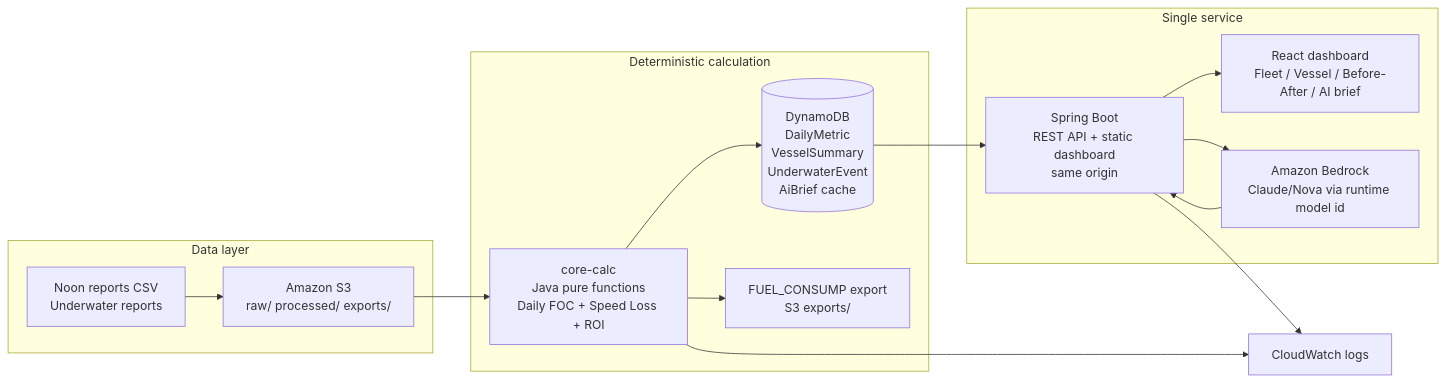
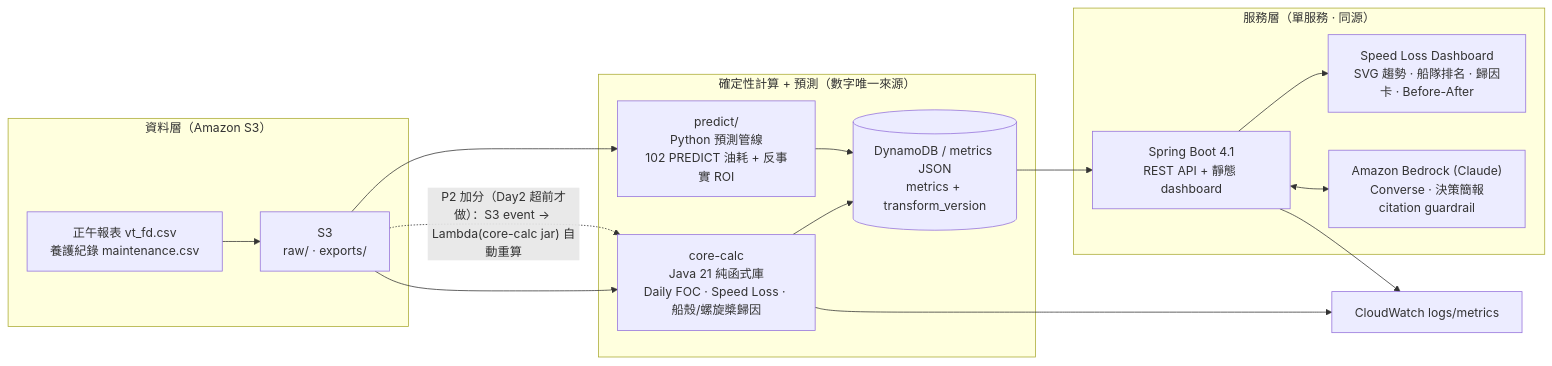
The diagram in docs/19-technical-architecture-submission.md (wsx5031060310guy/fleetmind-yang-ming-hackathon), drawn with Mermaid before and after one commit. The commit also changed other lines of this file and 2 other files, not shown here.

First line of the commit message:
docs: refresh submission chapters (17 enterprise-data, 19 tech-arch, 07 Q&A) for real data + prediction task

````diff
--- a/docs/19-technical-architecture-submission.md
+++ b/docs/19-technical-architecture-submission.md
@@ -13,22 +18,23 @@
 ```mermaid
 flowchart LR
-  subgraph Data["Data layer"]
-    A["Noon reports CSV<br/>Underwater reports"] --> B["Amazon S3<br/>raw/ processed/ exports/"]
+  subgraph Data["資料層（Amazon S3）"]
+    A["正午報表 vt_fd.csv<br/>養護紀錄 maintenance.csv"] --> B["S3<br/>raw/ · exports/"]
   end
 
-  subgraph Calc["Deterministic calculation"]
-    B --> C["core-calc<br/>Java pure functions<br/>Daily FOC + Speed Loss + ROI"]
-    C --> D[("DynamoDB<br/>DailyMetric<br/>VesselSummary<br/>UnderwaterEvent<br/>AiBrief cache")]
-    C --> E["FUEL_CONSUMP export<br/>S3 exports/"]
+  subgraph Calc["確定性計算 + 預測（數字唯一來源）"]
+    B --> C["core-calc<br/>Java 21 純函式庫<br/>Daily FOC · Speed Loss · 船殼/螺旋槳歸因"]
+    B --> P["predict/<br/>Python 預測管線<br/>102 PREDICT 油耗 + 反事實 ROI"]
+    C --> D[("DynamoDB / metrics JSON<br/>metrics + transform_version")]
+    P --> D
   end
 
-  subgraph App["Single service"]
-    D --> F["Spring Boot<br/>REST API + static dashboard<br/>same origin"]
-    F --> G["React dashboard<br/>Fleet / Vessel / Before-After / AI brief"]
-    F --> H["Amazon Bedrock<br/>Claude/Nova via runtime model id"]
-    H --> F
+  subgraph Serve["服務層（單服務 · 同源）"]
+    D --> E["Spring Boot 4.1<br/>REST API + 靜態 dashboard"]
+    E --> F["Speed Loss Dashboard<br/>SVG 趨勢 · 船隊排名 · 歸因卡 · Before-After"]
+    E <--> G["Amazon Bedrock (Claude)<br/>Converse · 決策簡報<br/>citation guardrail"]
   end
 
-  C --> I["CloudWatch logs"]
-  F --> I
+  C --> I["CloudWatch logs/metrics"]
+  E --> I
+  B -. "P2 加分（Day2 超前才做）：S3 event → Lambda(core-calc jar) 自動重算" .-> C
 ```
````
